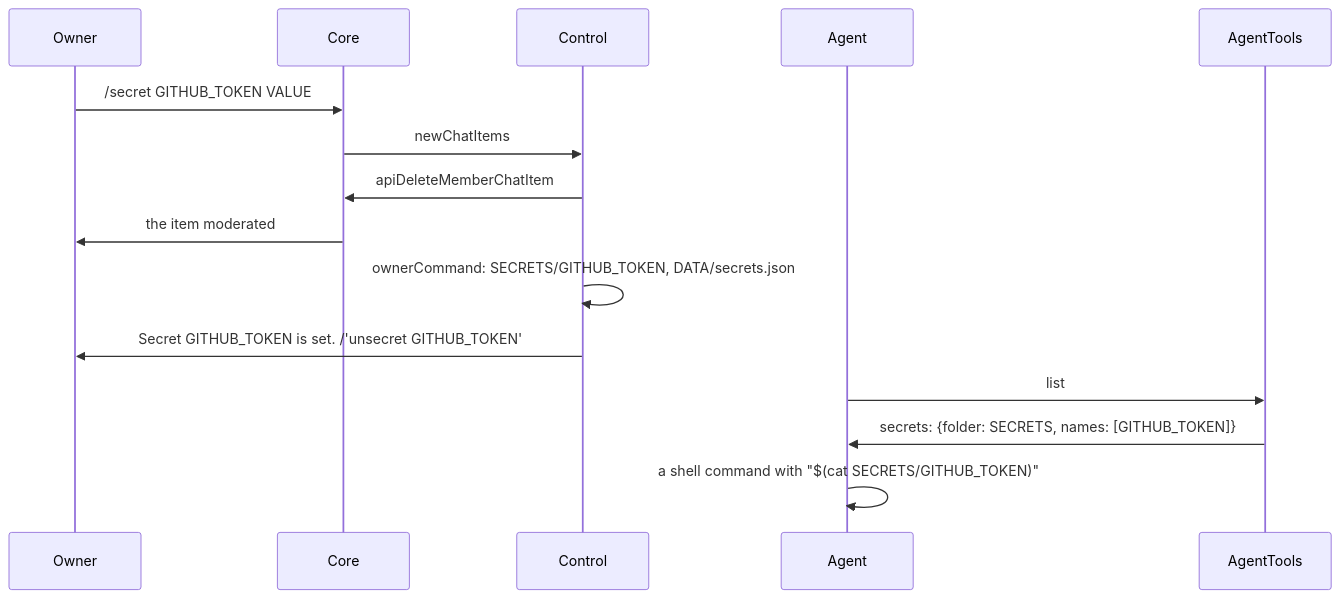
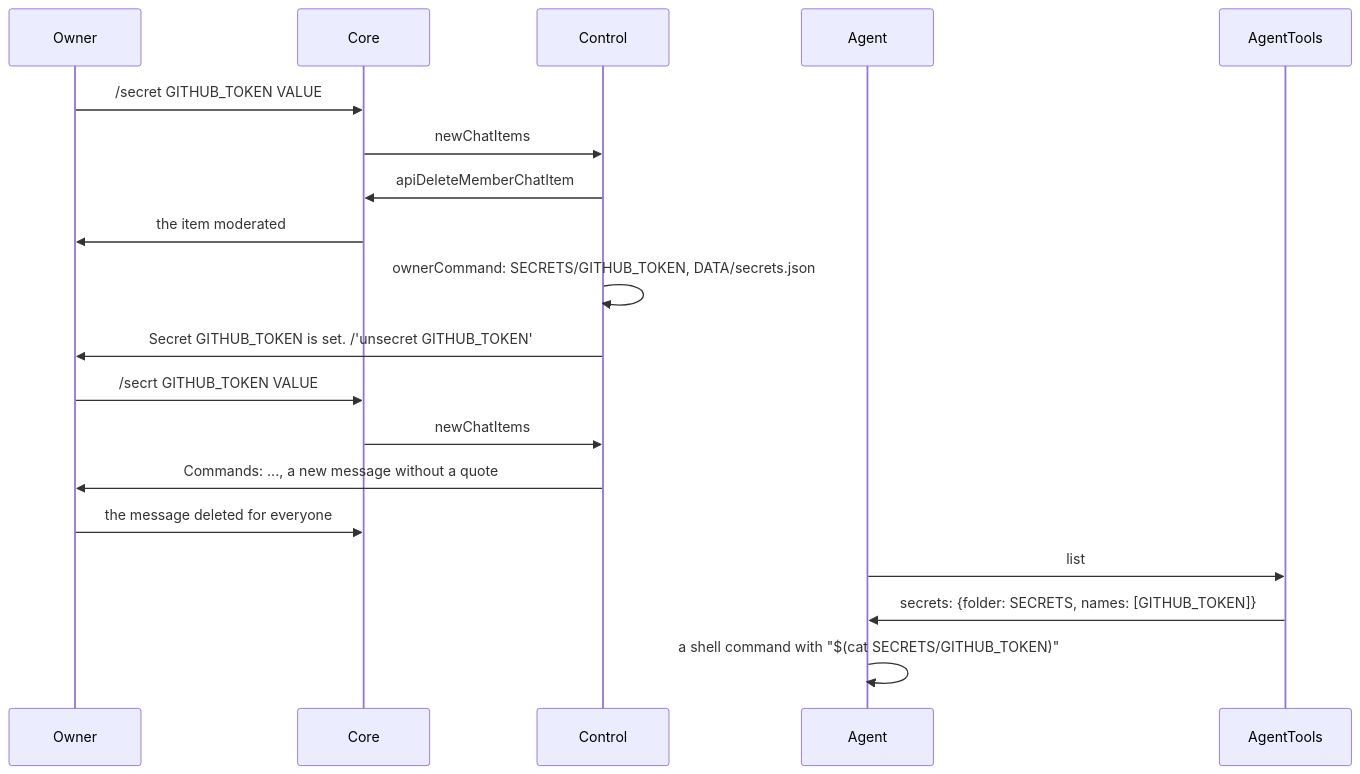
The diagram in plans/2026-11-12-mcp-secrets.md (simplex-chat/simplex-chat), drawn with Mermaid before and after one commit. The commit also changed other lines of this file and 11 other files, not shown here.

First line of the commit message:
mcp server: answer unknown commands without quoting them

````diff
--- a/plans/2026-11-12-mcp-secrets.md
+++ b/plans/2026-11-12-mcp-secrets.md
@@ -144,17 +146,21 @@
 ```mermaid
 sequenceDiagram
   participant O as Owner
   participant K as Core
   participant C as Control
   participant A as Agent
   participant T as AgentTools
   O->>K: /secret GITHUB_TOKEN VALUE
   K->>C: newChatItems
   C->>K: apiDeleteMemberChatItem #G [item]
   K->>O: the item moderated
   C->>C: ownerCommand: SECRETS/GITHUB_TOKEN, DATA/secrets.json
   C->>O: Secret GITHUB_TOKEN is set. /'unsecret GITHUB_TOKEN'
+  O->>K: /secrt GITHUB_TOKEN VALUE
+  K->>C: newChatItems
+  C->>O: Commands: ..., a new message without a quote
+  O->>K: the message deleted for everyone
   A->>T: list
   T->>A: secrets: {folder: SECRETS, names: [GITHUB_TOKEN]}
   A->>A: a shell command with "$(cat SECRETS/GITHUB_TOKEN)"
 ```
````
